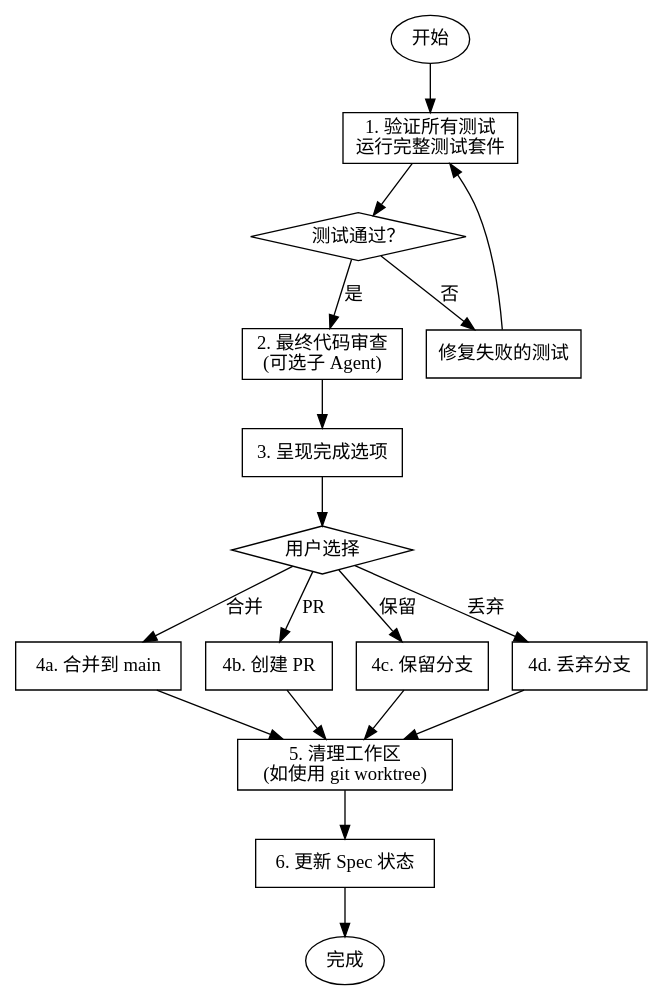
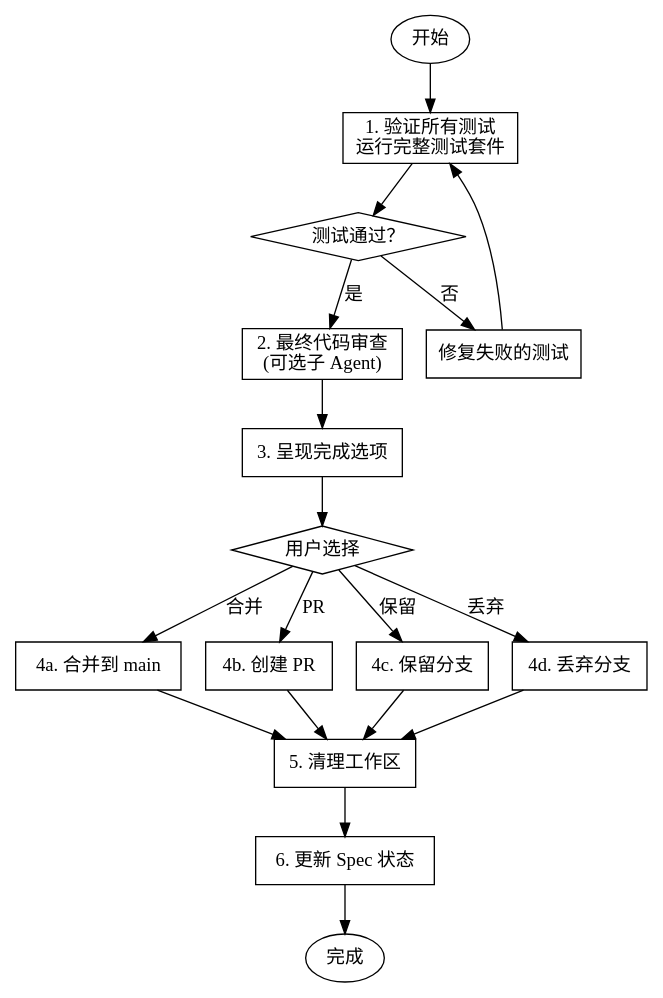
Before and after one commit to vaycentsun/sw-superpower: the second of 2 diagrams in sw-finishing-branch/SKILL.md, drawn with Graphviz. The commit also changed other lines of this file and 29 other files, not shown here.

````diff
--- a/sw-finishing-branch/SKILL.md
+++ b/sw-finishing-branch/SKILL.md
@@ -40,38 +40,38 @@
 ```dot
 digraph finish_process {
   rankdir=TB;
   
   start [label="开始", shape=ellipse];
   verify_tests [label="1. 验证所有测试\n运行完整测试套件", shape=box];
   tests_ok [label="测试通过？", shape=diamond];
   fix_tests [label="修复失败的测试", shape=box];
   final_review [label="2. 最终代码审查\n(可选子 Agent)", shape=box];
   present_options [label="3. 呈现完成选项", shape=box];
   user_choice [label="用户选择", shape=diamond];
   merge [label="4a. 合并到 main", shape=box];
   create_pr [label="4b. 创建 PR", shape=box];
   keep [label="4c. 保留分支", shape=box];
   discard [label="4d. 丢弃分支", shape=box];
-  cleanup [label="5. 清理工作区\n(如使用 git worktree)", shape=box];
+  cleanup [label="5. 清理工作区", shape=box];
   update_spec [label="6. 更新 Spec 状态", shape=box];
   done [label="完成", shape=ellipse];
   
   start -> verify_tests;
   verify_tests -> tests_ok;
   tests_ok -> fix_tests [label="否"];
   fix_tests -> verify_tests;
   tests_ok -> final_review [label="是"];
   final_review -> present_options;
   present_options -> user_choice;
   user_choice -> merge [label="合并"];
   user_choice -> create_pr [label="PR"];
   user_choice -> keep [label="保留"];
   user_choice -> discard [label="丢弃"];
   merge -> cleanup;
   create_pr -> cleanup;
   keep -> cleanup;
   discard -> cleanup;
   cleanup -> update_spec;
   update_spec -> done;
 }
 ```
````
